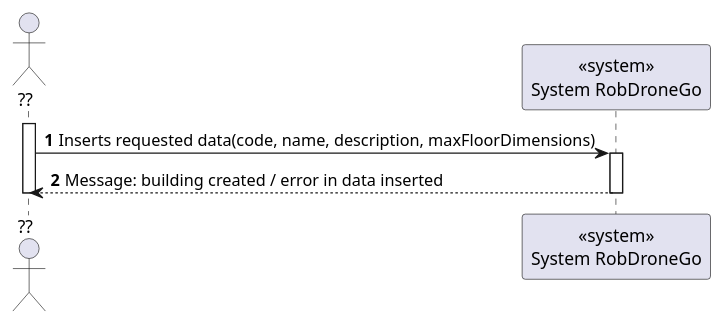
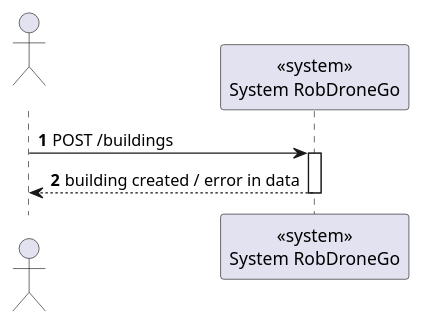
The diagram in docs/us150/level1/process_view.puml (Departamento-de-Engenharia-Informatica/lapr5-23-24-g19), drawn with PlantUML before and after one commit. The commit also changed 1 other file, not shown here.

```diff
--- a/docs/us150/level1/process_view.puml
+++ b/docs/us150/level1/process_view.puml
@@ -1,16 +1,14 @@
 @startuml
 autonumber
 
-actor "??" as actor
+actor " " as actor
 participant "<<system>>\nSystem RobDroneGo" as sys
 
-activate actor
-    actor -> sys: Inserts requested data(code, name, description, maxFloorDimensions)
+actor -> sys: POST /buildings
 
-    activate sys
-    sys --> actor : Message: building created / error in data inserted
-    deactivate sys
-deactivate actor
+activate sys
+sys --> actor : building created / error in data
+deactivate sys
 
 
 @enduml
```
